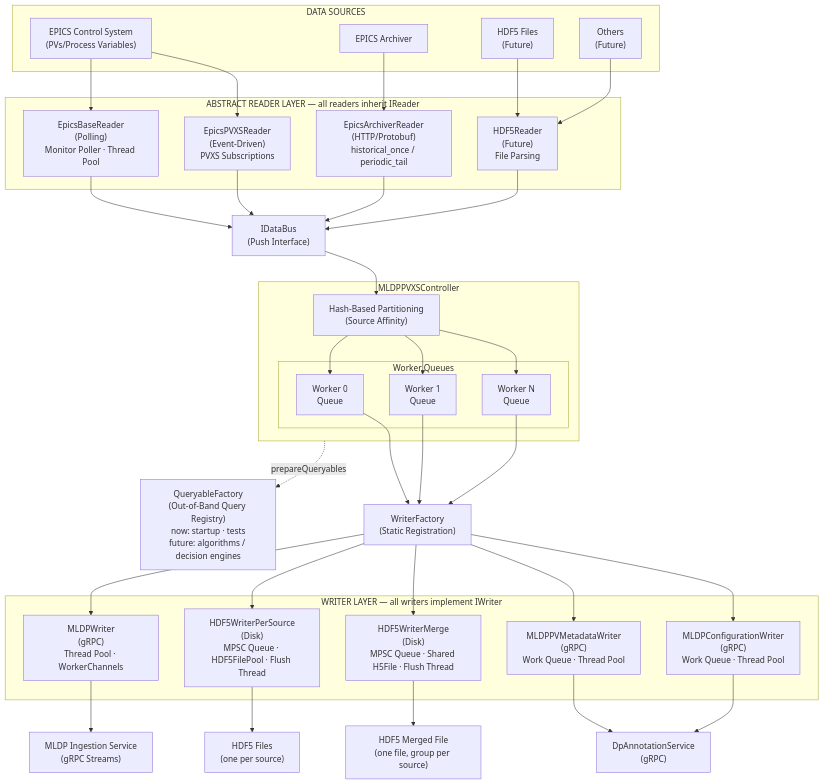
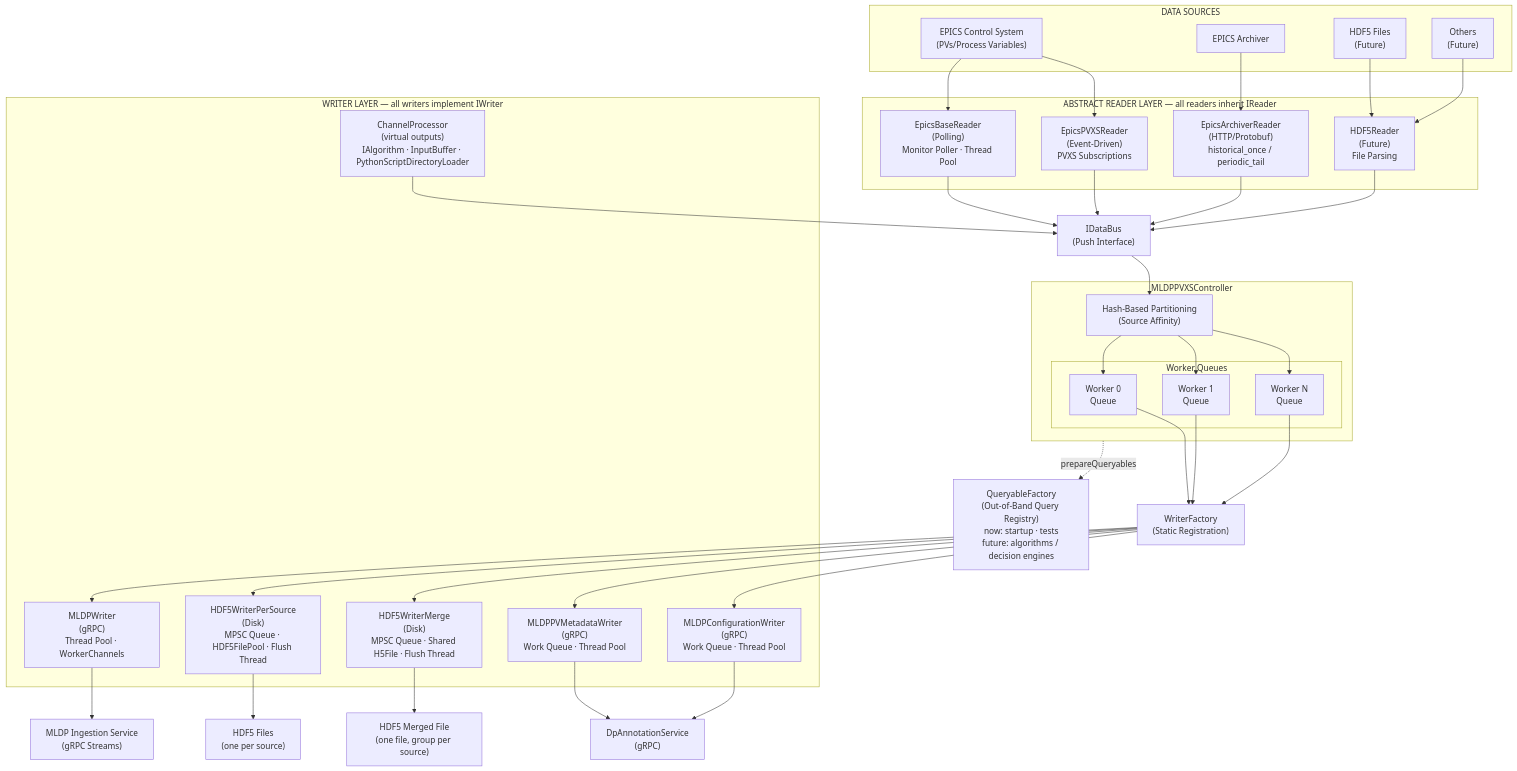
The first of 3 diagrams in docs/reference/architecture.md (slaclab/mldp-pvxs-driver), drawn with Mermaid before and after one commit. The commit also changed other lines of this file and 2 other files, not shown here.

First line of the commit message:
docs: add python processor documentation (step 11)

````diff
--- a/docs/reference/architecture.md
+++ b/docs/reference/architecture.md
@@ -11,79 +11,81 @@
 ```mermaid
 flowchart TB
     subgraph DataSources["DATA SOURCES"]
         DS1["EPICS Control System<br/>(PVs/Process Variables)"]
         DS2["EPICS Archiver<br/>"]
         DS3["HDF5 Files<br/>(Future)"]
         DS4["Others<br/>(Future)"]
     end
 
     subgraph ReaderLayer["ABSTRACT READER LAYER — all readers inherit IReader"]
         R1["EpicsBaseReader<br/>(Polling)<br/>Monitor Poller · Thread Pool"]
         R2["EpicsPVXSReader<br/>(Event-Driven)<br/>PVXS Subscriptions"]
         R3["EpicsArchiverReader<br/>(HTTP/Protobuf)<br/>historical_once / periodic_tail"]
         R4["HDF5Reader<br/>(Future)<br/>File Parsing"]
     end
 
     IDataBus["IDataBus<br/>(Push Interface)"]
 
     subgraph Controller["MLDPPVXSController"]
         HashPart["Hash-Based Partitioning<br/>(Source Affinity)"]
         subgraph Workers["Worker Queues"]
             W0["Worker 0<br/>Queue"]
             W1["Worker 1<br/>Queue"]
             WN["Worker N<br/>Queue"]
         end
     end
 
     QueryableFactory["QueryableFactory<br/>(Out-of-Band Query Registry)<br/>now: startup · tests<br/>future: algorithms / decision engines"]
 
     WriterFactory["WriterFactory<br/>(Static Registration)"]
 
     subgraph WriterLayer["WRITER LAYER — all writers implement IWriter"]
         WR1["MLDPWriter<br/>(gRPC)<br/>Thread Pool · WorkerChannels"]
         WR2["HDF5WriterPerSource<br/>(Disk)<br/>MPSC Queue · HDF5FilePool · Flush Thread"]
         WR3["HDF5WriterMerge<br/>(Disk)<br/>MPSC Queue · Shared H5File · Flush Thread"]
         WR4["MLDPPVMetadataWriter<br/>(gRPC)<br/>Work Queue · Thread Pool"]
         WR5["MLDPConfigurationWriter<br/>(gRPC)<br/>Work Queue · Thread Pool"]
+        WR6["ChannelProcessor<br/>(virtual outputs)<br/>IAlgorithm · InputBuffer · PythonScriptDirectoryLoader"]
     end
 
     MLDPService["MLDP Ingestion Service<br/>(gRPC Streams)"]
     HDF5Files["HDF5 Files<br/>(one per source)"]
     HDF5Merged["HDF5 Merged File<br/>(one file, group per source)"]
     AnnotationService["DpAnnotationService<br/>(gRPC)"]
 
     DS1 --> R1
     DS1 --> R2
     DS2 --> R3
     DS3 --> R4
     DS4 --> R4
 
     R1 --> IDataBus
     R2 --> IDataBus
     R3 --> IDataBus
     R4 --> IDataBus
 
     IDataBus --> HashPart
     IDataBus ~~~ QueryableFactory
     HashPart --> W0
     HashPart --> W1
     HashPart --> WN
 
     Controller -. prepareQueryables .-> QueryableFactory
 
     W0 --> WriterFactory
     W1 --> WriterFactory
     WN --> WriterFactory
 
     WriterFactory --> WR1
     WriterFactory --> WR2
     WriterFactory --> WR3
     WriterFactory --> WR4
     WriterFactory --> WR5
 
     WR1 --> MLDPService
     WR2 --> HDF5Files
     WR3 --> HDF5Merged
     WR4 --> AnnotationService
     WR5 --> AnnotationService
+    WR6 --> IDataBus
 ```
````
